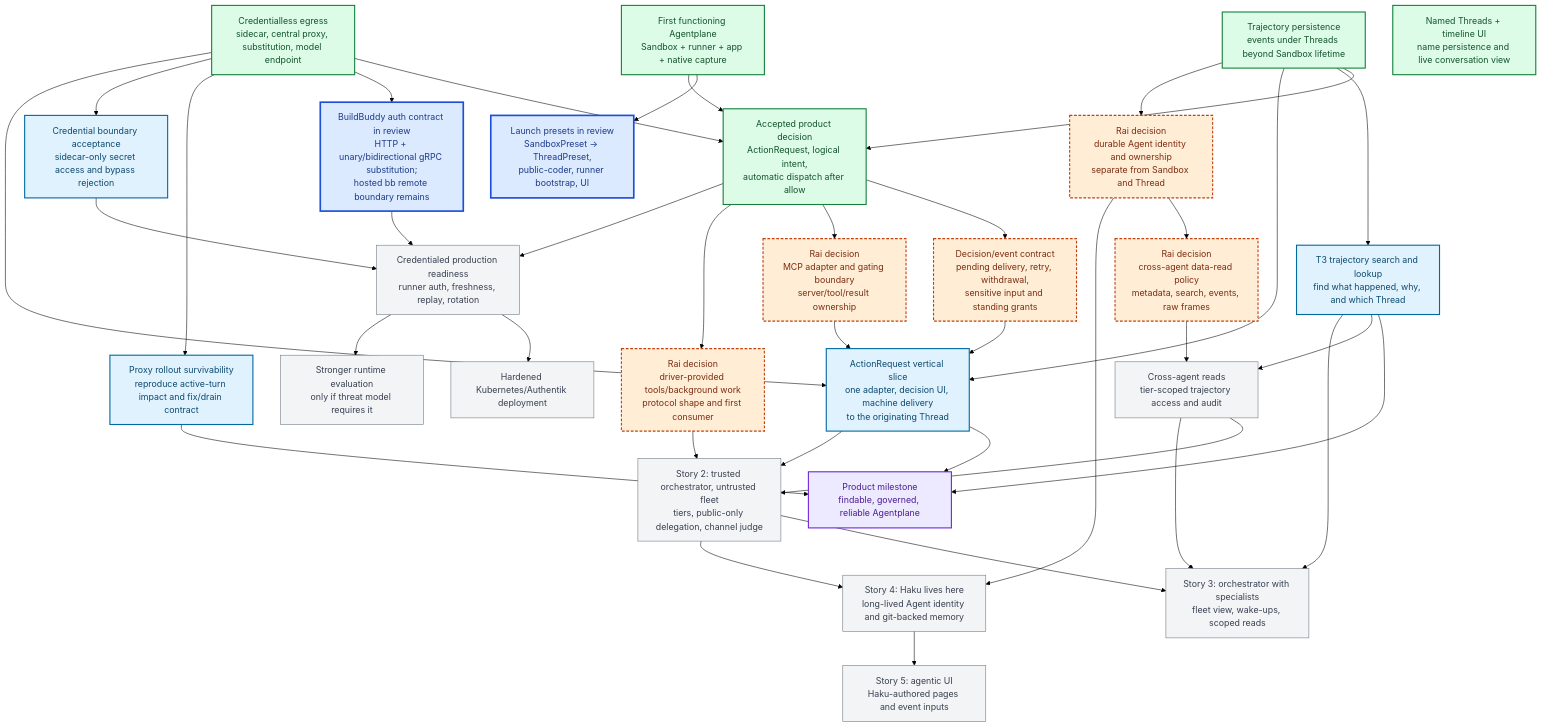
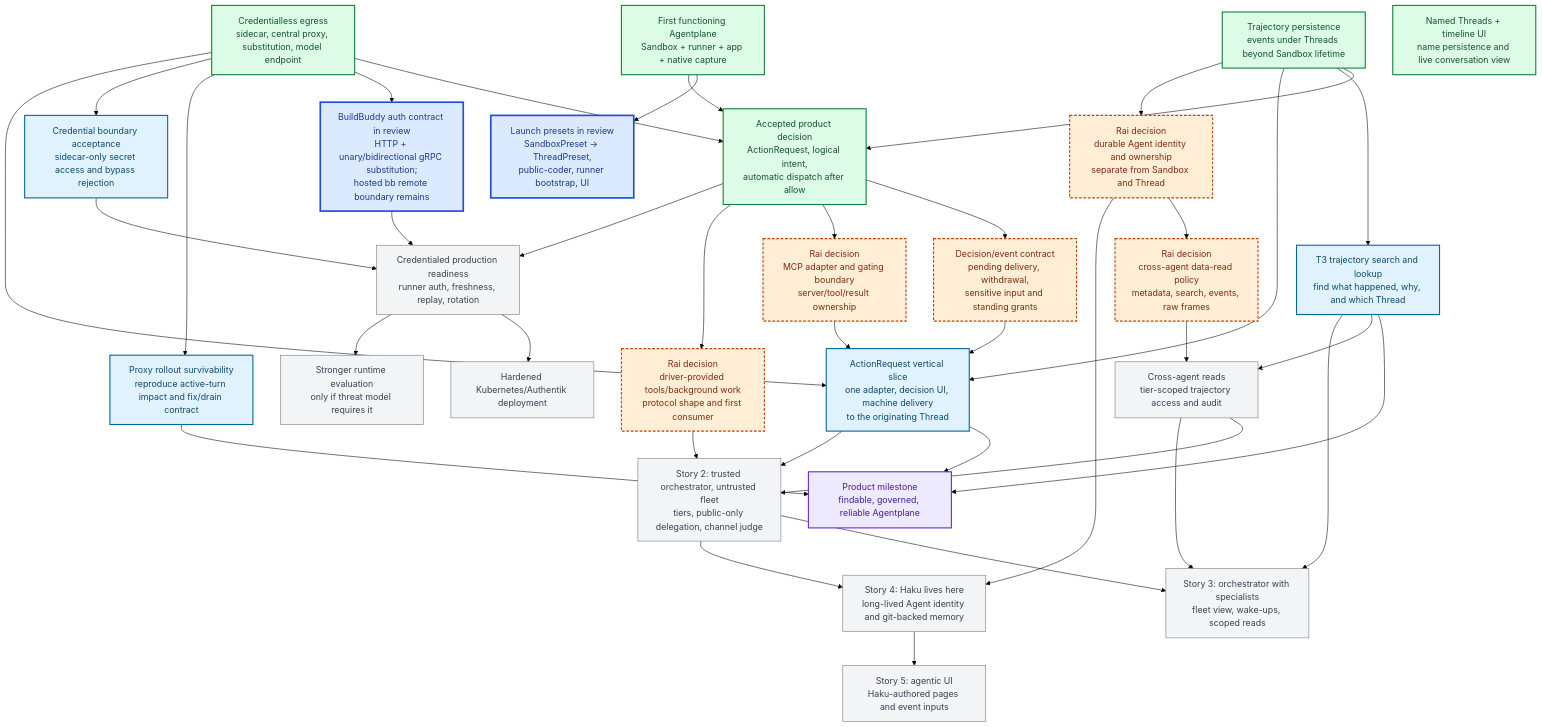
Before and after one commit to agentydragon-agent/ducktape: the diagram in x/agentplane/plans/task_dag.md, drawn with Mermaid (forest theme). The commit also changed other lines of this file and 1 other file, not shown here.

````diff
--- a/x/agentplane/plans/task_dag.md
+++ b/x/agentplane/plans/task_dag.md
@@ -51,77 +51,77 @@
 ```mermaid
 flowchart TB
     classDef completed fill:#dcfce7,stroke:#15803d,color:#14532d,stroke-width:2px
     classDef active fill:#dbeafe,stroke:#1d4ed8,color:#1e3a8a,stroke-width:3px
     classDef ready fill:#e0f2fe,stroke:#0369a1,color:#0c4a6e,stroke-width:2px
     classDef milestone fill:#ede9fe,stroke:#6d28d9,color:#4c1d95,stroke-width:2px
     classDef decision fill:#ffedd5,stroke:#c2410c,color:#7c2d12,stroke-width:2px,stroke-dasharray:5 3
     classDef future fill:#f3f4f6,stroke:#6b7280,color:#374151
 
     F0["First functioning Agentplane<br/>Sandbox + runner + app + native capture"]:::completed
     J["Credentialless egress<br/>sidecar, central proxy, substitution, model endpoint"]:::completed
     T1["Trajectory persistence<br/>events under Threads beyond Sandbox lifetime"]:::completed
     T2["Named Threads + timeline UI<br/>name persistence and live conversation view"]:::completed
 
     LP["Launch presets in review<br/>SandboxPreset → ThreadPreset,<br/>public-coder, runner bootstrap, UI"]:::active
     BB["BuildBuddy auth contract in review<br/>HTTP + unary/bidirectional gRPC substitution;<br/>hosted bb remote boundary remains"]:::active
 
     OPD["Accepted product decision<br/>ActionRequest, logical intent,<br/>automatic dispatch after allow"]:::completed
-    OPS["Decision/event contract<br/>pending delivery, retry, withdrawal,<br/>sensitive input and standing grants"]:::decision
+    OPS["Decision/event contract<br/>pending delivery, withdrawal,<br/>sensitive input and standing grants"]:::decision
     MCPD["Rai decision<br/>MCP adapter and gating boundary<br/>server/tool/result ownership"]:::decision
     OPI["ActionRequest vertical slice<br/>one adapter, decision UI, machine delivery<br/>to the originating Thread"]:::ready
 
     T3["T3 trajectory search and lookup<br/>find what happened, why, and which Thread"]:::ready
     PR["Proxy rollout survivability<br/>reproduce active-turn impact and fix/drain contract"]:::ready
     SEC["Credential boundary acceptance<br/>sidecar-only secret access and bypass rejection"]:::ready
 
     AGD["Rai decision<br/>durable Agent identity and ownership<br/>separate from Sandbox and Thread"]:::decision
     DATAD["Rai decision<br/>cross-agent data-read policy<br/>metadata, search, events, raw frames"]:::decision
     XREAD["Cross-agent reads<br/>tier-scoped trajectory access and audit"]:::future
 
     DT["Rai decision<br/>driver-provided tools/background work<br/>protocol shape and first consumer"]:::decision
     N["Story 2: trusted orchestrator, untrusted fleet<br/>tiers, public-only delegation, channel judge"]:::future
     O["Story 3: orchestrator with specialists<br/>fleet view, wake-ups, scoped reads"]:::future
     HK["Story 4: Haku lives here<br/>long-lived Agent identity and git-backed memory"]:::future
     UI["Story 5: agentic UI<br/>Haku-authored pages and event inputs"]:::future
     L["Credentialed production readiness<br/>runner auth, freshness, replay, rotation"]:::future
     V["Stronger runtime evaluation<br/>only if threat model requires it"]:::future
     W["Hardened Kubernetes/Authentik deployment"]:::future
     F["Product milestone<br/>findable, governed, reliable Agentplane"]:::milestone
 
     F0 --> LP
     F0 --> OPD
     J --> OPD
     J --> BB
     T1 --> OPD
     T1 --> T3
     J --> PR
     J --> SEC
     OPD --> OPS
     OPD --> MCPD
     OPS --> OPI
     MCPD --> OPI
     J --> OPI
     T1 --> OPI
     T3 --> F
     OPI --> F
     PR --> F
     SEC --> L
     BB --> L
     OPD --> DT
     T1 --> AGD
     AGD --> DATAD
     T3 --> XREAD
     DATAD --> XREAD
     OPI --> N
     XREAD --> N
     DT --> N
     N --> O
     XREAD --> O
     T3 --> O
     N --> HK
     AGD --> HK
     HK --> UI
     L --> W
     OPD --> L
     L --> V
 ```
````
